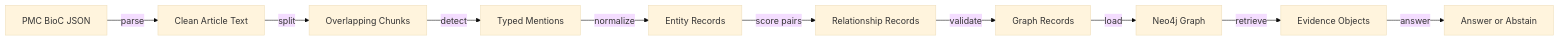
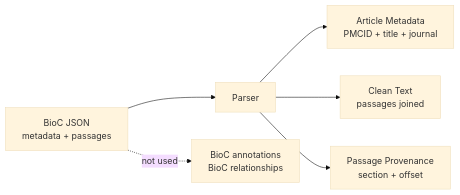
The fourth of 12 diagrams in docs/capstone_presentation.md (anthonylitwin/med-graph-rag), drawn with Mermaid (base theme) before and after one commit. The commit also changed other lines of this file, not shown here.

````diff
--- a/docs/capstone_presentation.md
+++ b/docs/capstone_presentation.md
@@ -177,12 +216,8 @@
 ```mermaid
 flowchart LR
-    A["PMC BioC JSON"] -->|parse| B["Clean Article Text"]
-    B -->|split| C["Overlapping Chunks"]
-    C -->|detect| D["Typed Mentions"]
-    D -->|normalize| E["Entity Records"]
-    E -->|score pairs| F["Relationship Records"]
-    F -->|validate| G["Graph Records"]
-    G -->|load| H["Neo4j Graph"]
-    H -->|retrieve| I["Evidence Objects"]
-    I -->|answer| J["Answer or Abstain"]
+    A["BioC JSON<br/>metadata + passages"] --> B["Parser"]
+    B --> C["Article Metadata<br/>PMCID + title + journal"]
+    B --> D["Clean Text<br/>passages joined"]
+    B --> E["Passage Provenance<br/>section + offset"]
+    A -. "not used" .-> F["BioC annotations<br/>BioC relationships"]
 ```
````
